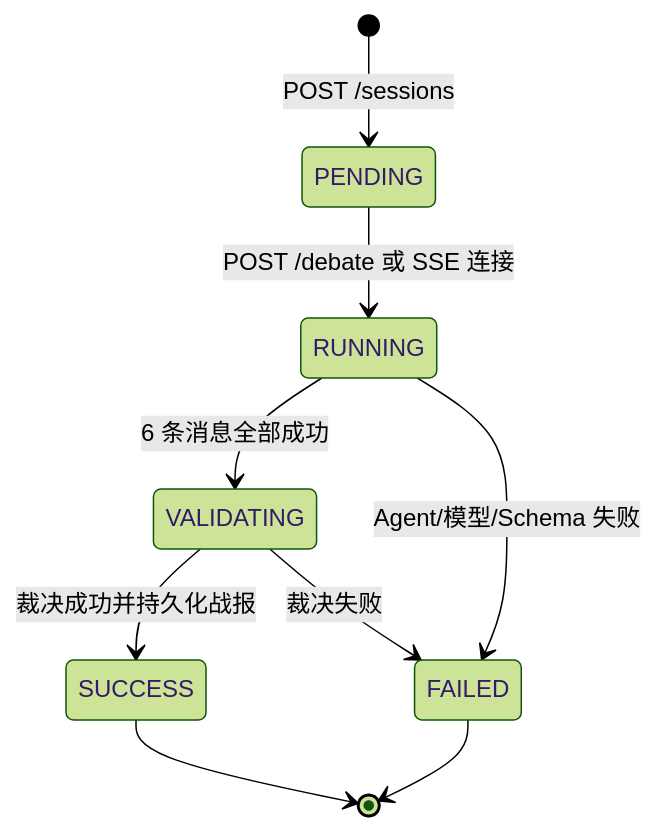
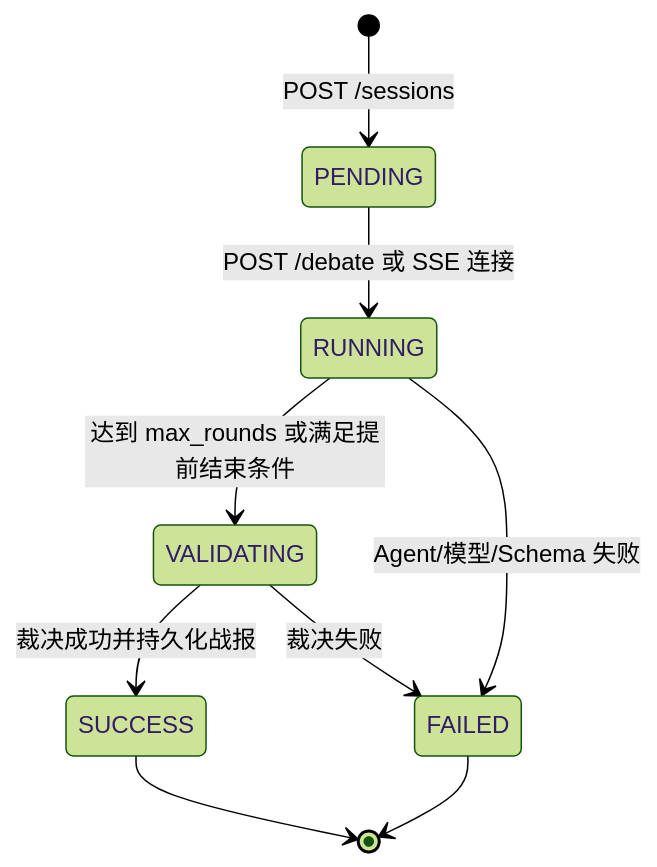
The sixth of 6 diagrams in docs/system_design.md (2467999639-zz/foodarena-ai), drawn with Mermaid (forest theme) before and after one commit. The commit also changed other lines of this file and 4 other files, not shown here.

````diff
--- a/docs/system_design.md
+++ b/docs/system_design.md
@@ -240,11 +240,11 @@
 ```mermaid
 stateDiagram-v2
     [*] --> PENDING : POST /sessions
     PENDING --> RUNNING : POST /debate 或 SSE 连接
-    RUNNING --> VALIDATING : 6 条消息全部成功
+    RUNNING --> VALIDATING : 达到 max_rounds 或满足提前结束条件
     VALIDATING --> SUCCESS : 裁决成功并持久化战报
     RUNNING --> FAILED : Agent/模型/Schema 失败
     VALIDATING --> FAILED : 裁决失败
     SUCCESS --> [*]
     FAILED --> [*]
 ```
````
